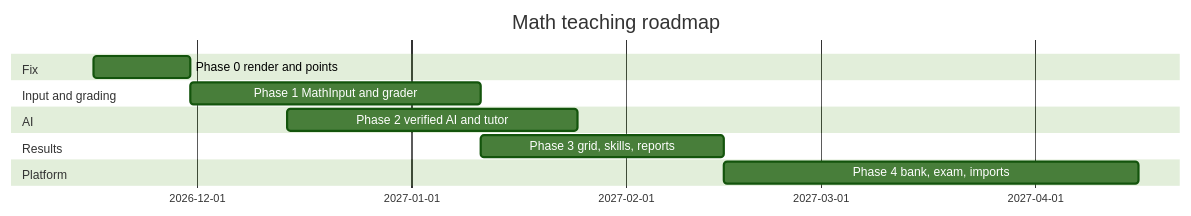
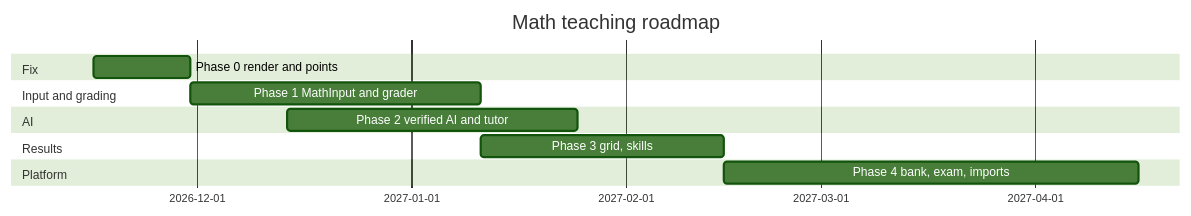
Before and after one commit to classroomio/classroomio: the diagram in prd/math-teaching/README.md, drawn with Mermaid (forest theme). The commit also changed other lines of this file and 49 other files, not shown here.

````diff
--- a/prd/math-teaching/README.md
+++ b/prd/math-teaching/README.md
@@ -279,15 +277,15 @@
 ```mermaid
 gantt
   dateFormat  YYYY-MM-DD
   title Math teaching roadmap
   section Fix
   Phase 0 render and points       :p0, 2026-11-16, 14d
   section Input and grading
   Phase 1 MathInput and grader    :p1, after p0, 42d
   section AI
   Phase 2 verified AI and tutor   :p2, 2026-12-14, 42d
   section Results
-  Phase 3 grid, skills, reports   :p3, after p1, 35d
+  Phase 3 grid, skills    :p3, after p1, 35d
   section Platform
   Phase 4 bank, exam, imports     :p4, after p3, 60d
 ```
````
